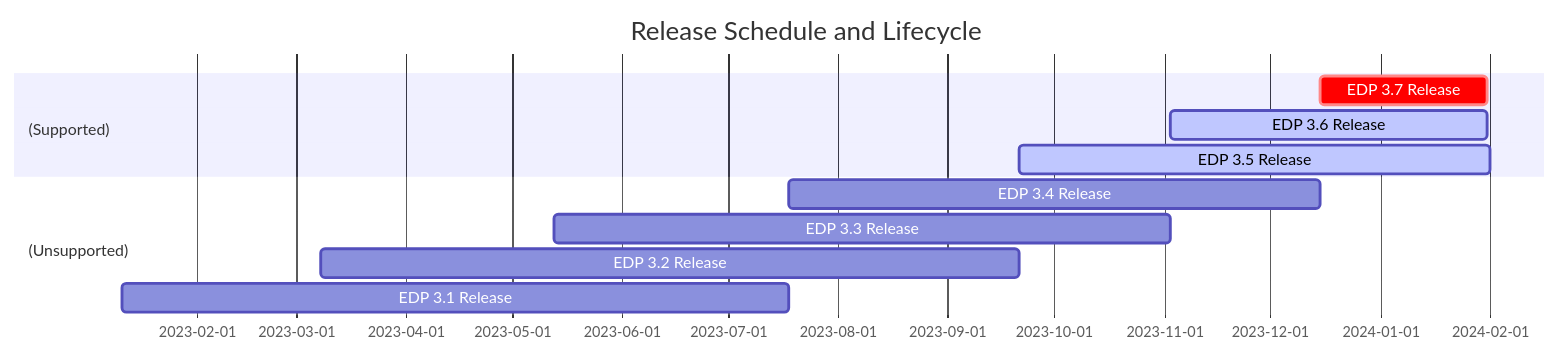
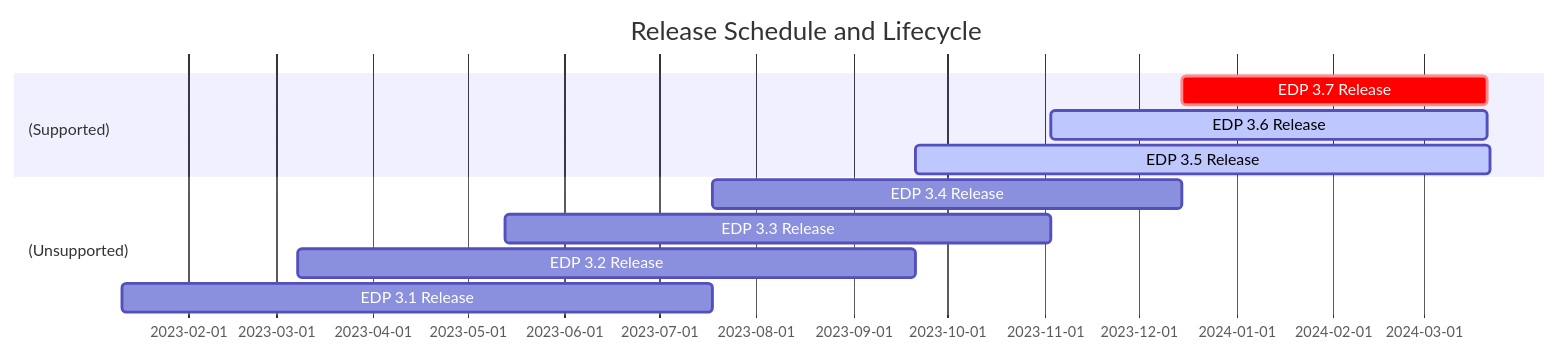
The diagram in docs/supported-versions.md (epam/edp-install), drawn with Mermaid before and after one commit. The commit also changed 2 other files, not shown here.

Commit message:
docs: Update mkdocs-material version (#146)

````diff
--- a/docs/supported-versions.md
+++ b/docs/supported-versions.md
@@ -11,26 +11,26 @@
 ``` mermaid
 gantt
     dateFormat  YYYY-MM-DD
     title Release Schedule and Lifecycle
 
     section (Supported)
-    EDP 3.7 Release: crit, r37, 2023-12-15, 47d
+    EDP 3.7 Release: crit, r37, 2023-12-15, 97d
 
     section (Supported)
-    EDP 3.6 Release: active, r36, 2023-11-03, 89d
+    EDP 3.6 Release: active, r36, 2023-11-03, 139d
 
     section (Supported)
-    EDP 3.5 Release: active, r35, 2023-09-21, 133d
+    EDP 3.5 Release: active, r35, 2023-09-21, 183d
 
     section (Unsupported)
     EDP 3.4 Release: r34, 2023-07-18, 2023-12-15
 
     section (Unsupported)
     EDP 3.3 Release: r33, 2023-05-13, 2023-11-03
 
     section (Unsupported)
     EDP 3.2 Release: r32, 2023-03-08, 2023-09-21
 
     section (Unsupported)
     EDP 3.1 Release: r31, 2023-01-11, 2023-07-18
 ```
````
